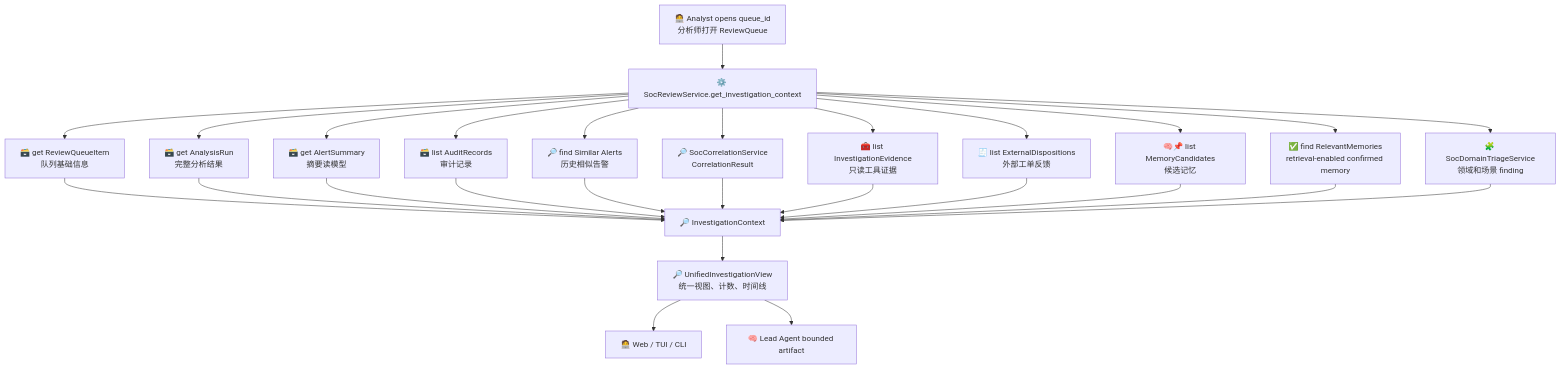
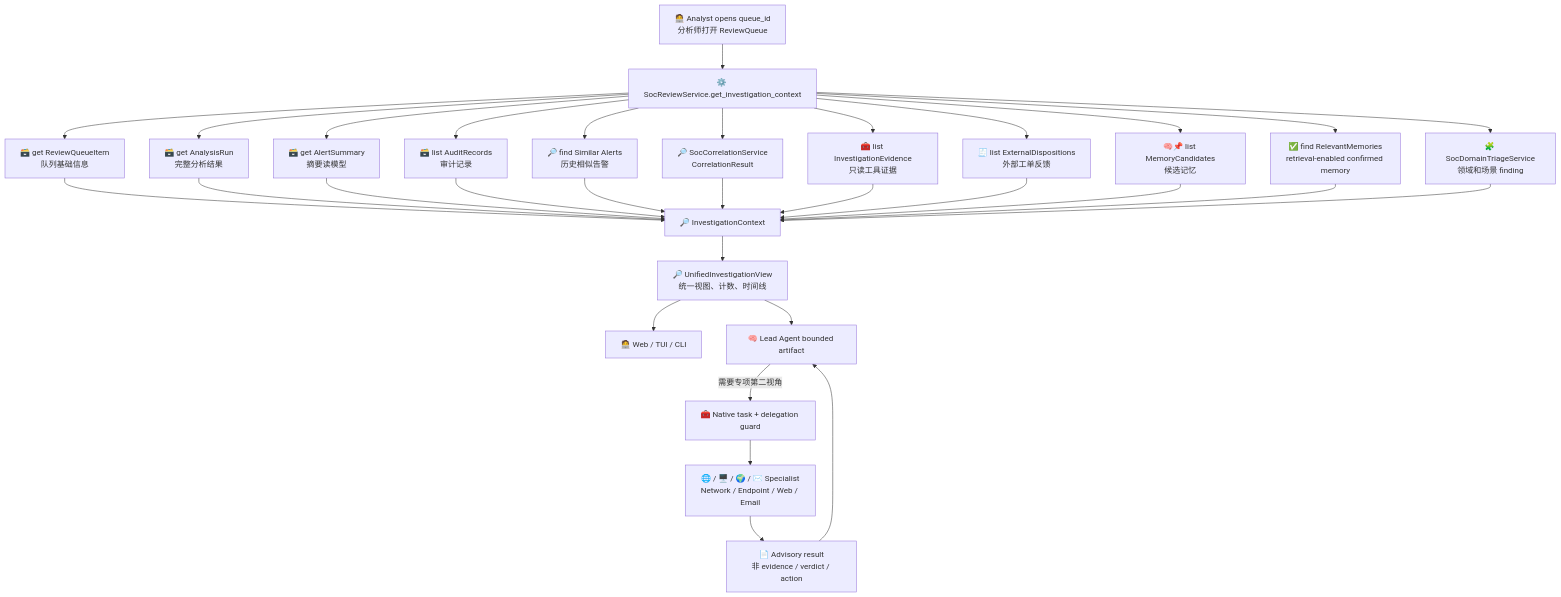
Before and after one commit to yydspanda/deer-flow: the seventh of 22 diagrams in .notes/ai_soc/alert-lifecycle-flow.md, drawn with Mermaid. The commit also changed other lines of this file and 107 other files, not shown here.

````diff
--- a/.notes/ai_soc/alert-lifecycle-flow.md
+++ b/.notes/ai_soc/alert-lifecycle-flow.md
@@ -350,32 +374,36 @@
 ```mermaid
 flowchart TD
     A["🧑‍💻 Analyst opens queue_id<br/>分析师打开 ReviewQueue"] --> B["⚙️ SocReviewService.get_investigation_context"]
 
     B --> C["🗃️ get ReviewQueueItem<br/>队列基础信息"]
     B --> D["🗃️ get AnalysisRun<br/>完整分析结果"]
     B --> E["🗃️ get AlertSummary<br/>摘要读模型"]
     B --> F["🗃️ list AuditRecords<br/>审计记录"]
     B --> G["🔎 find Similar Alerts<br/>历史相似告警"]
     B --> H["🔎 SocCorrelationService<br/>CorrelationResult"]
     B --> I["🧰 list InvestigationEvidence<br/>只读工具证据"]
     B --> J["🧾 list ExternalDispositions<br/>外部工单反馈"]
     B --> K["🧠📌 list MemoryCandidates<br/>候选记忆"]
     B --> L["✅ find RelevantMemories<br/>retrieval-enabled confirmed memory"]
     B --> M["🧩 SocDomainTriageService<br/>领域和场景 finding"]
 
     C --> N["🔎 InvestigationContext"]
     D --> N
     E --> N
     F --> N
     G --> N
     H --> N
     I --> N
     J --> N
     K --> N
     L --> N
     M --> N
 
     N --> O["🔎 UnifiedInvestigationView<br/>统一视图、计数、时间线"]
     O --> P["🧑‍💻 Web / TUI / CLI"]
     O --> Q["🧠 Lead Agent bounded artifact"]
+    Q -->|"需要专项第二视角"| R["🧰 Native task + delegation guard"]
+    R --> S["🌐 / 🖥️ / 🌍 / ✉️ Specialist<br/>Network / Endpoint / Web / Email"]
+    S --> T["📄 Advisory result<br/>非 evidence / verdict / action"]
+    T --> Q
 ```
````
